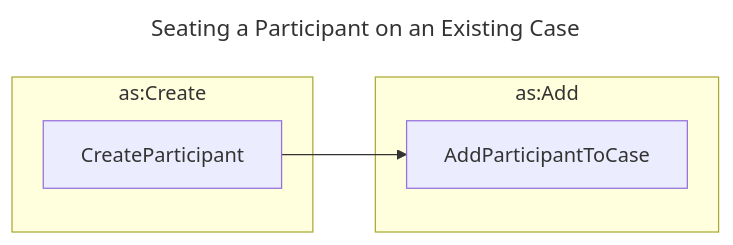
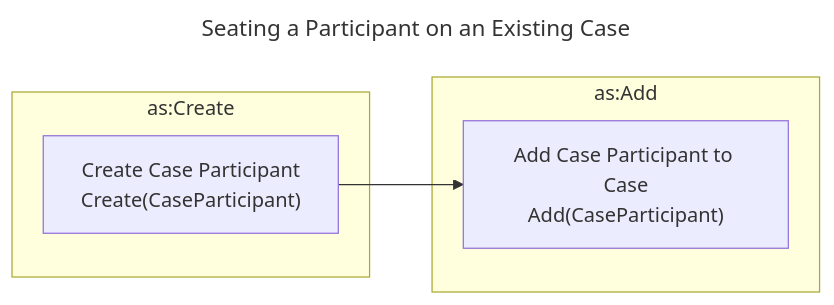
One commit to CERTCC/Vultron changed the diagram in docs/howto/activitypub/activities/initialize_participant.md. Above: the diagram before and after it, drawn with Mermaid. The commit also changed other lines of this file and 21 other files, not shown here.

````diff
--- a/docs/howto/activitypub/activities/initialize_participant.md
+++ b/docs/howto/activitypub/activities/initialize_participant.md
@@ -28,13 +26,13 @@
 ```mermaid
 ---
 title: Seating a Participant on an Existing Case
 ---
 flowchart LR
     subgraph as:Create
-        CreateParticipant
+        CreateParticipant["Create Case Participant<br/>Create(CaseParticipant)"]
     end
     subgraph as:Add
-        AddParticipantToCase
+        AddParticipantToCase["Add Case Participant to Case<br/>Add(CaseParticipant)"]
     end
     CreateParticipant --> AddParticipantToCase
 ```
````
